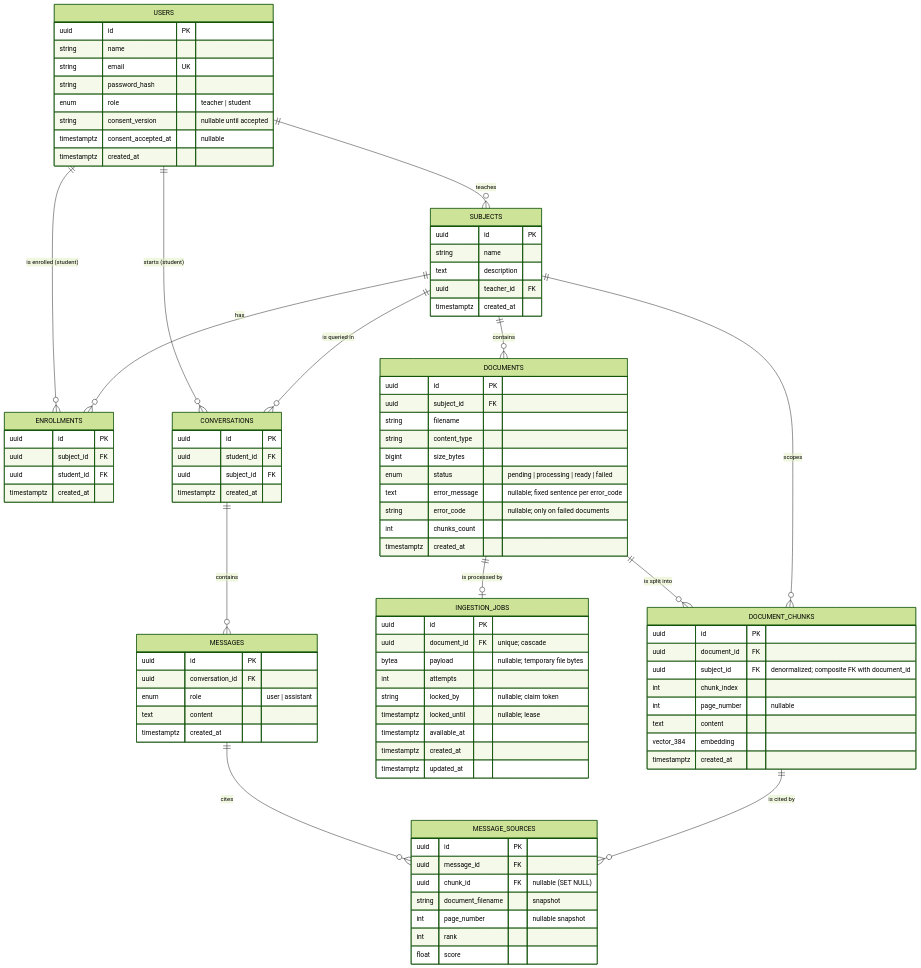
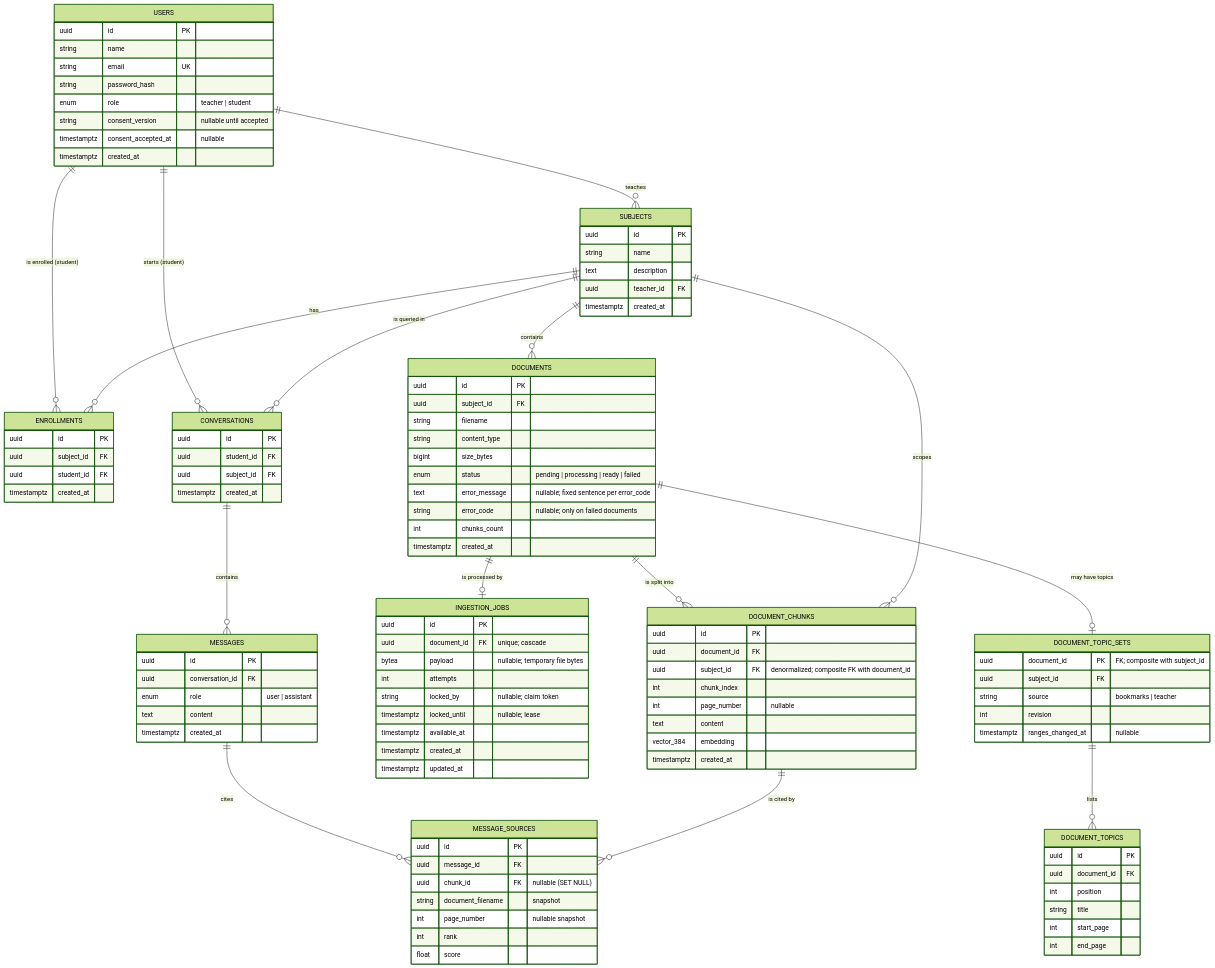
Before and after one commit to supercentro/AsistenteIA: the diagram in docs/data-model.md, drawn with Mermaid (forest theme). The commit also changed other lines of this file and 87 other files, not shown here.

First line of the commit message:
feat(topics): rank the most cited topics of a subject (frequent-questions-and-topics) (#39)

```diff
--- a/docs/data-model.md
+++ b/docs/data-model.md
@@ -21,6 +21,8 @@
     CONVERSATIONS ||--o{ MESSAGES : "contains"
     MESSAGES ||--o{ MESSAGE_SOURCES : "cites"
     DOCUMENT_CHUNKS ||--o{ MESSAGE_SOURCES : "is cited by"
+    DOCUMENTS ||--o| DOCUMENT_TOPIC_SETS : "may have topics"
+    DOCUMENT_TOPIC_SETS ||--o{ DOCUMENT_TOPICS : "lists"
 
     USERS {
         uuid id PK
@@ -78,6 +80,21 @@
         vector_384 embedding
         timestamptz created_at
     }
+    DOCUMENT_TOPIC_SETS {
+        uuid document_id PK "FK; composite with subject_id"
+        uuid subject_id FK
+        string source "bookmarks | teacher"
+        int revision
+        timestamptz ranges_changed_at "nullable"
+    }
+    DOCUMENT_TOPICS {
+        uuid id PK
+        uuid document_id FK
+        int position
+        string title
+        int start_page
+        int end_page
+    }
     CONVERSATIONS {
         uuid id PK
         uuid student_id FK
```
